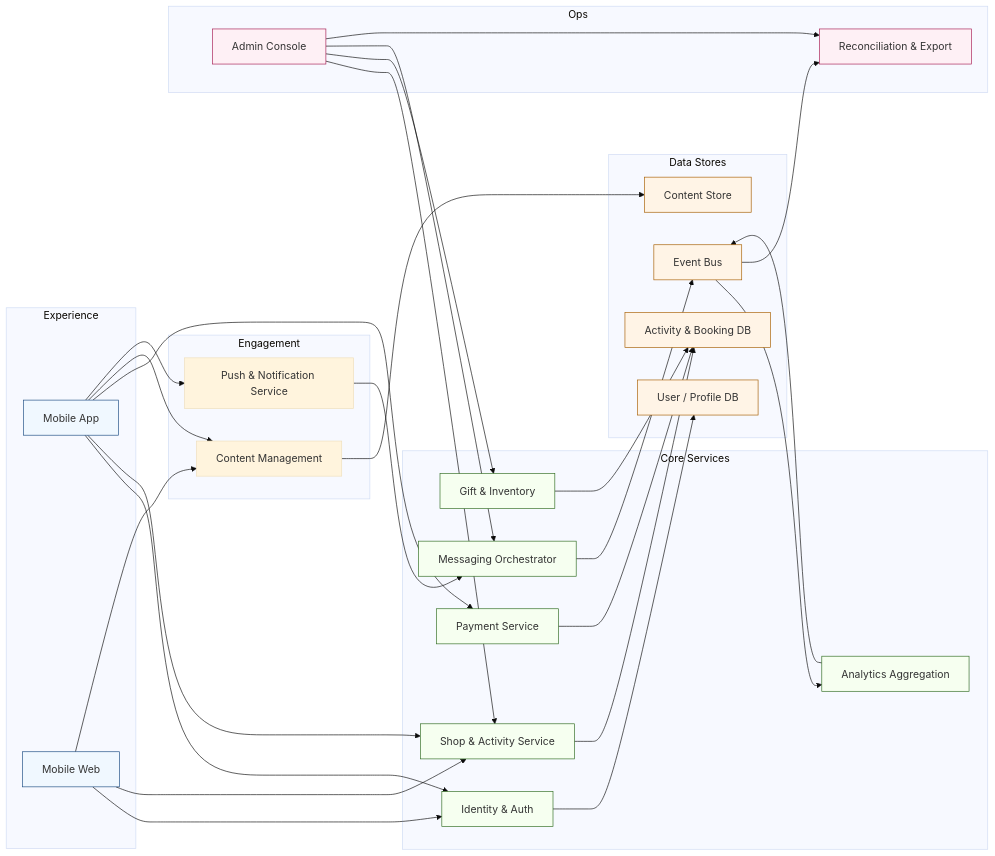
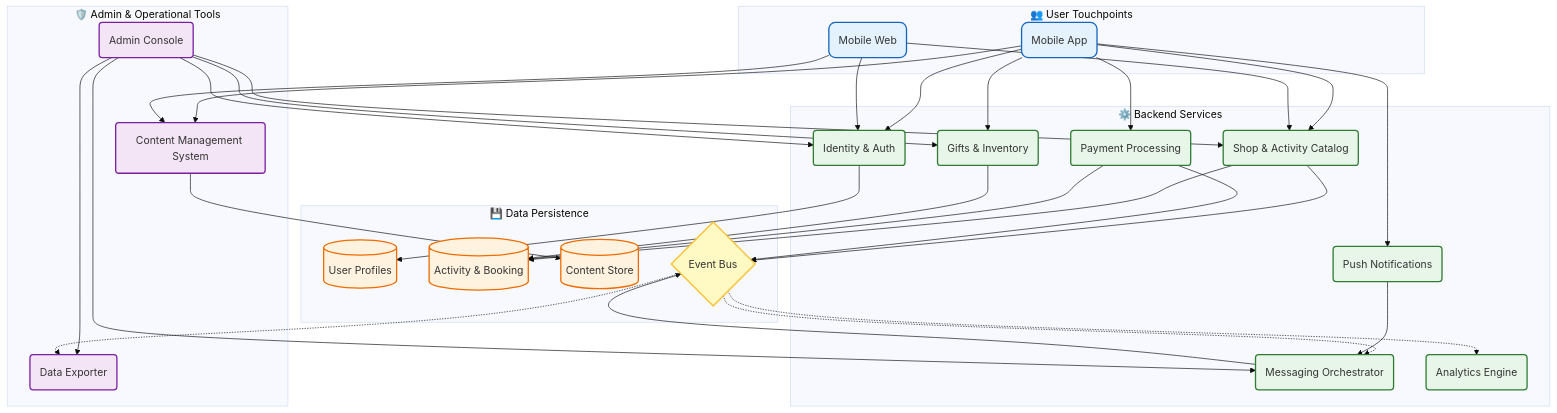
The diagram in src/ja/projects/pet_ecom.md (binartist/about-me), drawn with Mermaid (base theme) before and after one commit. The commit also changed other lines of this file and 6 other files, not shown here.

````diff
--- a/src/ja/projects/pet_ecom.md
+++ b/src/ja/projects/pet_ecom.md
@@ -21,68 +12,65 @@
 ```mermaid
-flowchart LR
-   subgraph Experience
-      MobileApp[Mobile App]
-      MobileWeb[Mobile Web]
-   end
+flowchart TD
+    %% Define styles
+    classDef frontend fill:#e3f2fd,stroke:#1565c0,stroke-width:2px,rx:10,ry:10;
+    classDef admin fill:#f3e5f5,stroke:#7b1fa2,stroke-width:2px,rx:5,ry:5;
+    classDef service fill:#e8f5e9,stroke:#2e7d32,stroke-width:2px,rx:5,ry:5;
+    classDef storage fill:#fff3e0,stroke:#ef6c00,stroke-width:2px,shape:cylinder;
+    classDef bus fill:#fff9c4,stroke:#fbc02d,stroke-width:2px,shape:rhombus;
 
-   subgraph Engagement
-      CMS[Content Management]
-      Push[Push & Notification Service]
-   end
+    subgraph UserNodes ["👥 User Touchpoints"]
+        MobileApp(Mobile App)
+        MobileWeb(Mobile Web)
+    end
 
-   subgraph Core Services
-      Auth[Identity & Auth]
-      Catalog[Shop & Activity Service]
-      Payments[Payment Service]
-      Gifts[Gift & Inventory]
-      Analytics[Analytics Aggregation]
-      Messaging[Messaging Orchestrator]
-   end
+    subgraph AdminNodes ["🛡️ Admin & Operational Tools"]
+        AdminConsole(Admin Console)
+        CMS(Content Management System)
+        Exporter(Data Exporter)
+    end
 
-   subgraph Data Stores
-      UserDB[User / Profile DB]
-      ActivityDB[Activity & Booking DB]
-      ContentStore[Content Store]
-      EventBus[Event Bus]
-   end
+    subgraph ServiceLayer ["⚙️ Backend Services"]
+        Auth(Identity & Auth)
+        Catalog(Shop & Activity Catalog)
+        Payments(Payment Processing)
+        Gifts("Gifts & Inventory")
+        Push(Push Notifications)
+        Messaging("Messaging Orchestrator")
+        Analytics("Analytics Engine")
+    end
 
-   subgraph Ops
-      AdminConsole[Admin Console]
-      Exporter[Reconciliation & Export]
-   end
+    subgraph DataLayer ["💾 Data Persistence"]
+        UserDB[(User Profiles)]
+        ActivityDB[("Activity & Booking")]
+        ContentStore[(Content Store)]
+        EventBus{Event Bus}
+    end
 
-   MobileApp --> Auth
-   MobileApp --> Catalog
-   MobileApp --> Payments
-   MobileApp --> CMS
-   MobileApp --> Push
+    %% User Interactions
+    MobileApp --> Auth & Catalog & Payments & Gifts & CMS & Push
+    MobileWeb --> Auth & Catalog & CMS
 
-   MobileWeb --> Auth
-   MobileWeb --> Catalog
-   MobileWeb --> CMS
+    %% Admin Interactions
+    AdminConsole --> Auth & Catalog & Gifts & Messaging & Exporter
+    CMS --> ContentStore
 
-   AdminConsole --> Catalog
-   AdminConsole --> Gifts
-   AdminConsole --> Messaging
-   AdminConsole --> Exporter
+    %% Service to Data
+    Auth --> UserDB
+    Catalog --> ActivityDB
+    Payments --> ActivityDB
+    Gifts --> ActivityDB
 
-   CMS --> ContentStore
-   Push --> Messaging
-   Catalog --> ActivityDB
-   Payments --> ActivityDB
-   Auth --> UserDB
-   Gifts --> ActivityDB
-   Analytics --> EventBus
-   Messaging --> EventBus
-   EventBus --> Analytics
-   EventBus --> Exporter
+    %% Event Driven Flows
+    Catalog & Payments & Messaging --> EventBus
+    EventBus -.-> Analytics & Exporter & Messaging
 
-   classDef front fill:#f0f8ff,stroke:#1b4b82,stroke-width:1px;
-   classDef services fill:#f6fff0,stroke:#2e6b1f,stroke-width:1px;
-   classDef data fill:#fff4e6,stroke:#a65d00,stroke-width:1px;
-   classDef ops fill:#fef0f5,stroke:#a61b52,stroke-width:1px;
-   class MobileApp,MobileWeb front;
-   class Auth,Catalog,Payments,Gifts,Analytics,Messaging services;
-   class UserDB,ActivityDB,ContentStore,EventBus data;
-   class AdminConsole,Exporter ops;
+    %% Service Inter-dependencies
+    Push --> Messaging
+
+    %% Apply Classes
+    class MobileApp,MobileWeb frontend;
+    class AdminConsole,CMS,Exporter admin;
+    class Auth,Catalog,Payments,Gifts,Push,Messaging,Analytics service;
+    class UserDB,ActivityDB,ContentStore storage;
+    class EventBus bus;
 ```
````
